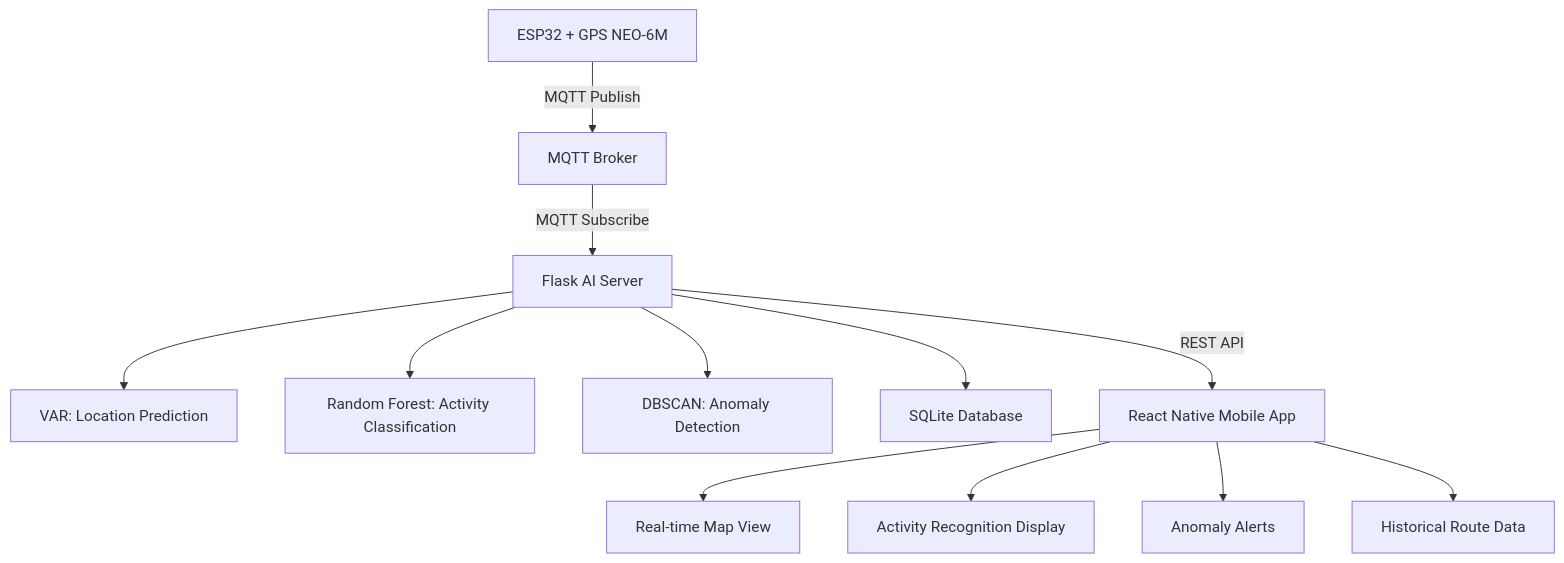
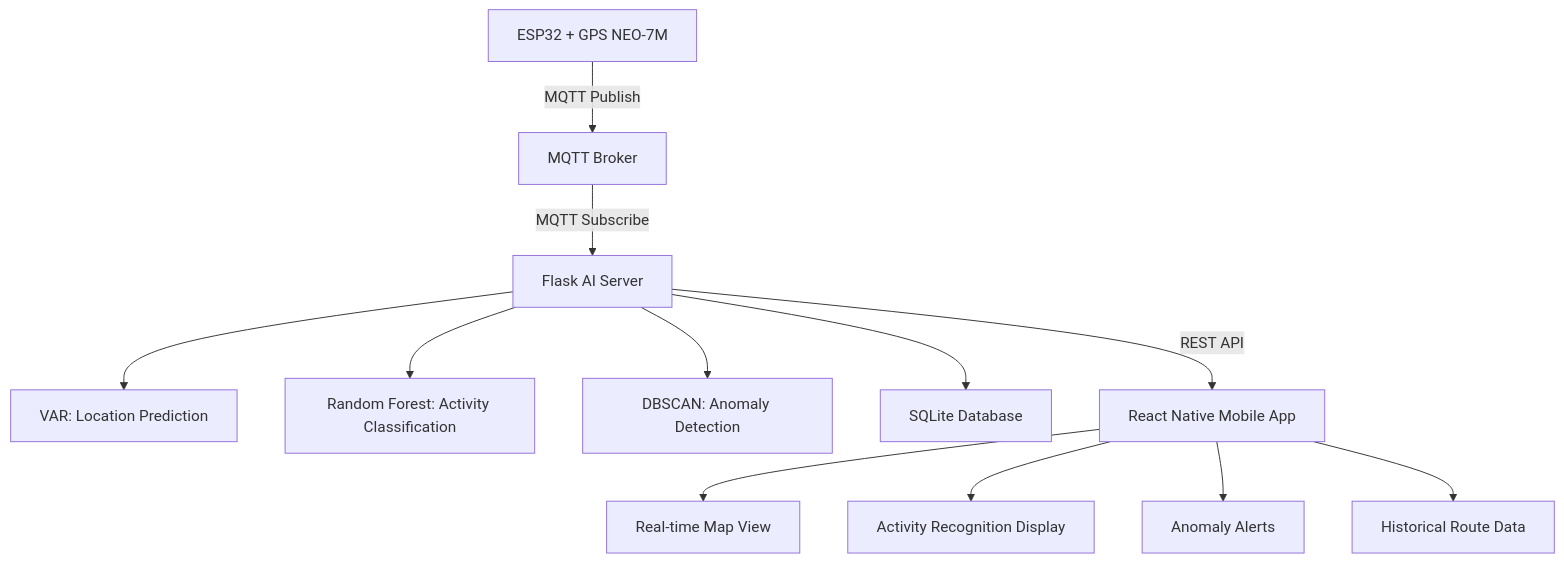
The diagram in README.md (noisbyboy/smart-gps-tracker), drawn with Mermaid before and after one commit. The commit also changed other lines of this file, not shown here.

````diff
--- a/README.md
+++ b/README.md
@@ -69,16 +69,16 @@
 ```mermaid
 graph TB
-    A[ESP32 + GPS NEO-6M] -->|MQTT Publish| B[MQTT Broker]
+    A[ESP32 + GPS NEO-7M] -->|MQTT Publish| B[MQTT Broker]
     B -->|MQTT Subscribe| C[Flask AI Server]
     
     C --> D[VAR: Location Prediction]
     C --> E[Random Forest: Activity Classification]
     C --> F[DBSCAN: Anomaly Detection]
     C --> G[SQLite Database]
     
     C -->|REST API| H[React Native Mobile App]
     H --> I[Real-time Map View]
     H --> J[Activity Recognition Display]
     H --> K[Anomaly Alerts]
     H --> L[Historical Route Data]
 ```
````
